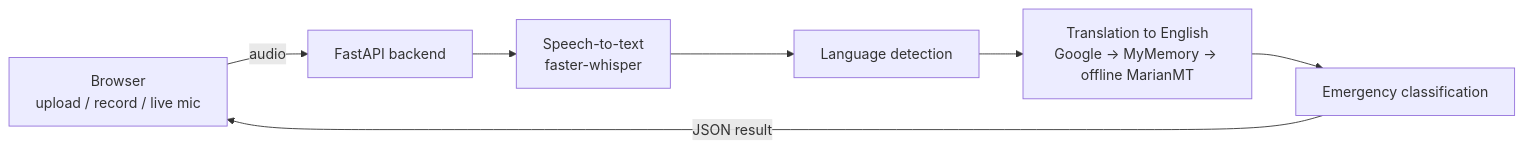
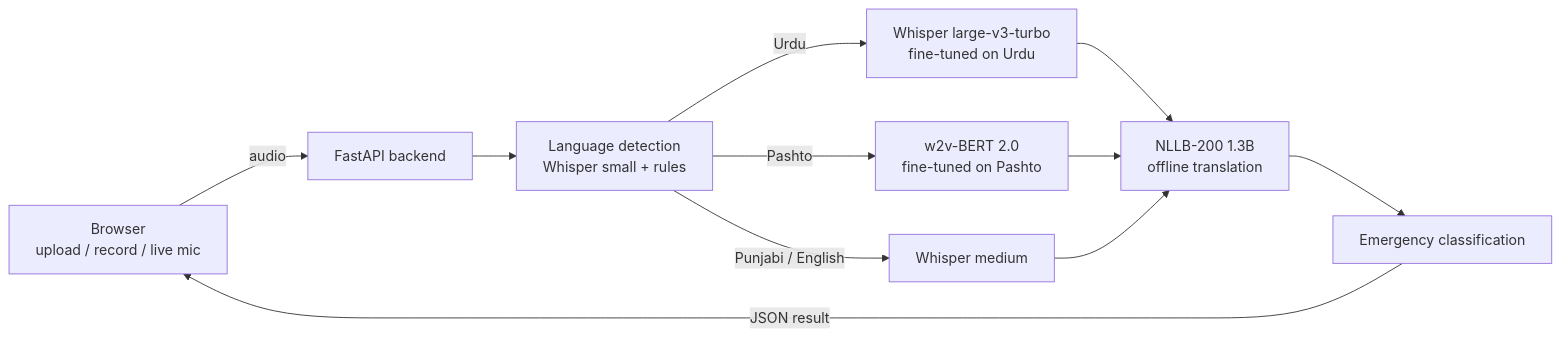
Before and after one commit to waqar3626/EmergencyCallTranslation: the fifth of 5 diagrams in README.md, drawn with Mermaid. The commit also changed other lines of this file and 11 other files, not shown here.

````diff
--- a/README.md
+++ b/README.md
@@ -273,9 +277,11 @@
 ```mermaid
 flowchart LR
     A[Browser<br/>upload / record / live mic] -->|audio| B[FastAPI backend]
-    B --> C[Speech-to-text<br/>faster-whisper]
-    C --> D[Language detection]
-    D --> E[Translation to English<br/>Google → MyMemory → offline MarianMT]
+    B --> L[Language detection<br/>Whisper small + rules]
+    L -->|Urdu| U[Whisper large-v3-turbo<br/>fine-tuned on Urdu]
+    L -->|Pashto| P[w2v-BERT 2.0<br/>fine-tuned on Pashto]
+    L -->|Punjabi / English| W[Whisper medium]
+    U & P & W --> E[NLLB-200 1.3B<br/>offline translation]
     E --> F[Emergency classification]
     F -->|JSON result| A
 ```
````
